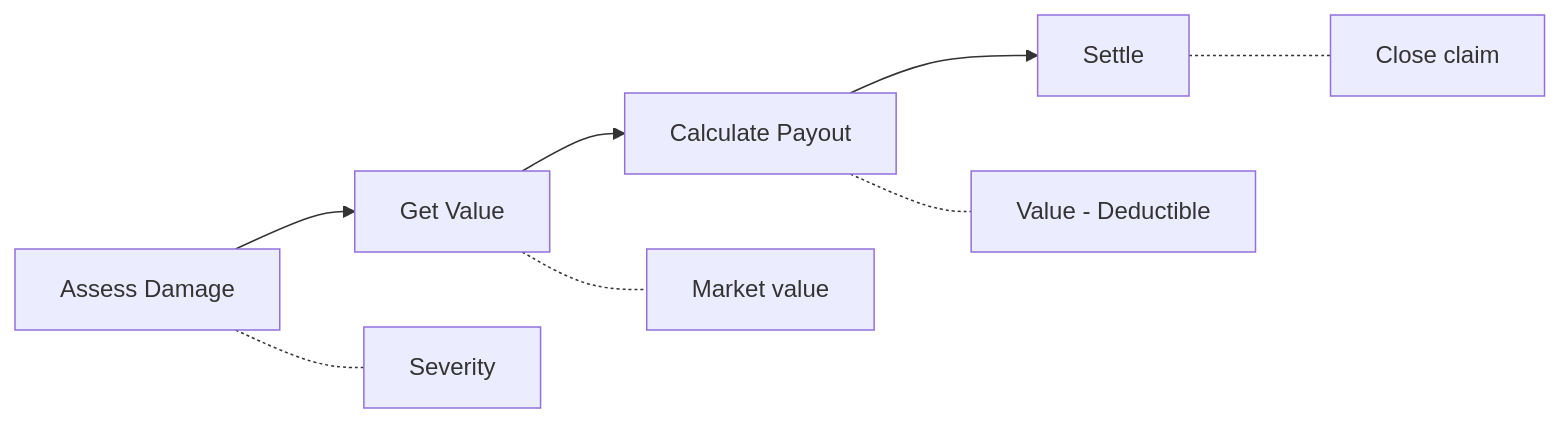
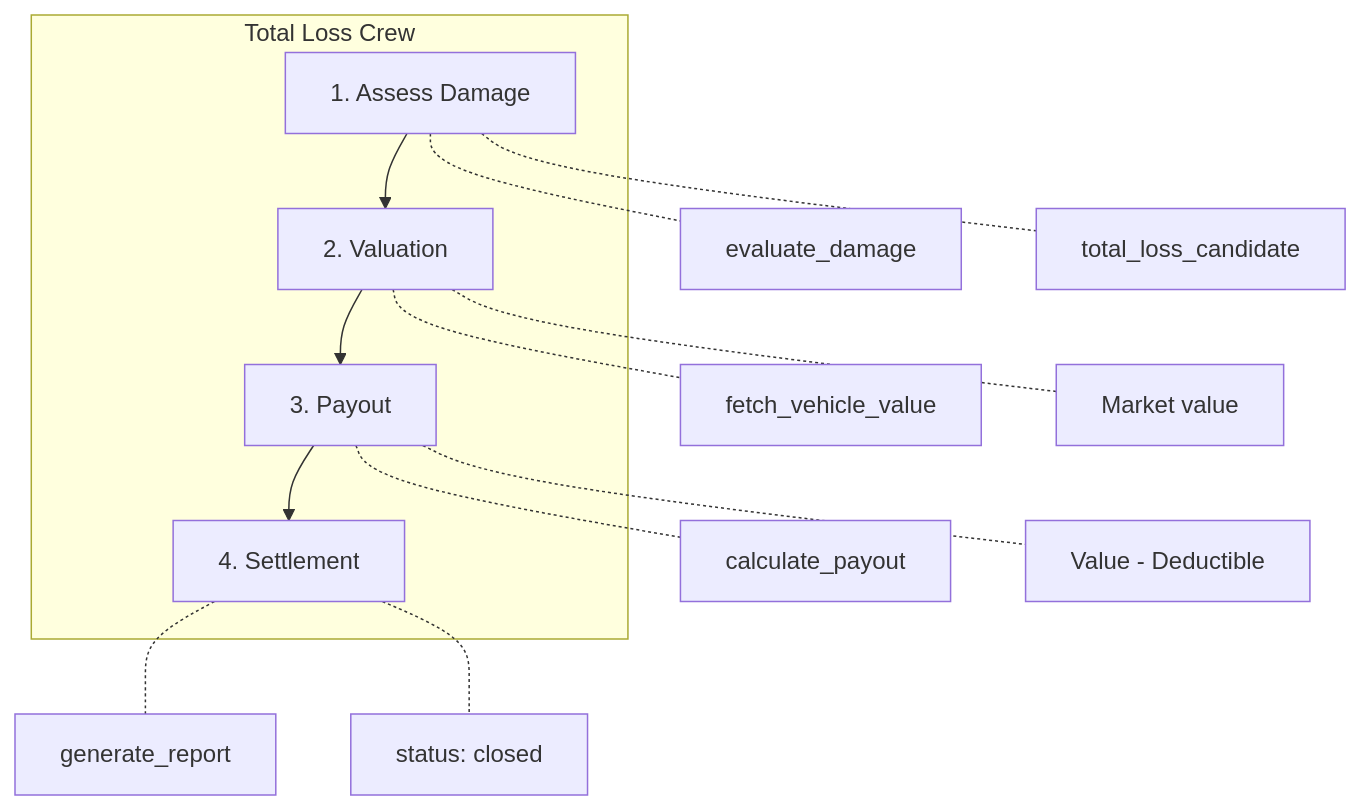
The fourth of 6 diagrams in docs/crews.md (csmangum/auto-agent), drawn with Mermaid before and after one commit. The commit also changed other lines of this file and 2 other files, not shown here.

First line of the commit message:
Formalize Total Loss flow (Issue #73)

````diff
--- a/docs/crews.md
+++ b/docs/crews.md
@@ -203,9 +202,18 @@
 ```mermaid
-flowchart LR
-    A[Assess Damage] --> B[Get Value] --> C[Calculate Payout] --> D[Settle]
+flowchart TB
+    subgraph TotalLoss["Total Loss Crew"]
+        A[1. Assess Damage] --> B[2. Valuation] --> C[3. Payout] --> D[4. Settlement]
+    end
     
-    A -.- A1[Severity]
-    B -.- B1[Market value]
-    C -.- C1[Value - Deductible]
-    D -.- D1[Close claim]
+    A -.- A1[evaluate_damage]
+    A -.- A2[total_loss_candidate]
+    
+    B -.- B1[fetch_vehicle_value]
+    B -.- B2[Market value]
+    
+    C -.- C1[calculate_payout]
+    C -.- C2[Value - Deductible]
+    
+    D -.- D1[generate_report]
+    D -.- D2[status: closed]
 ```
````
